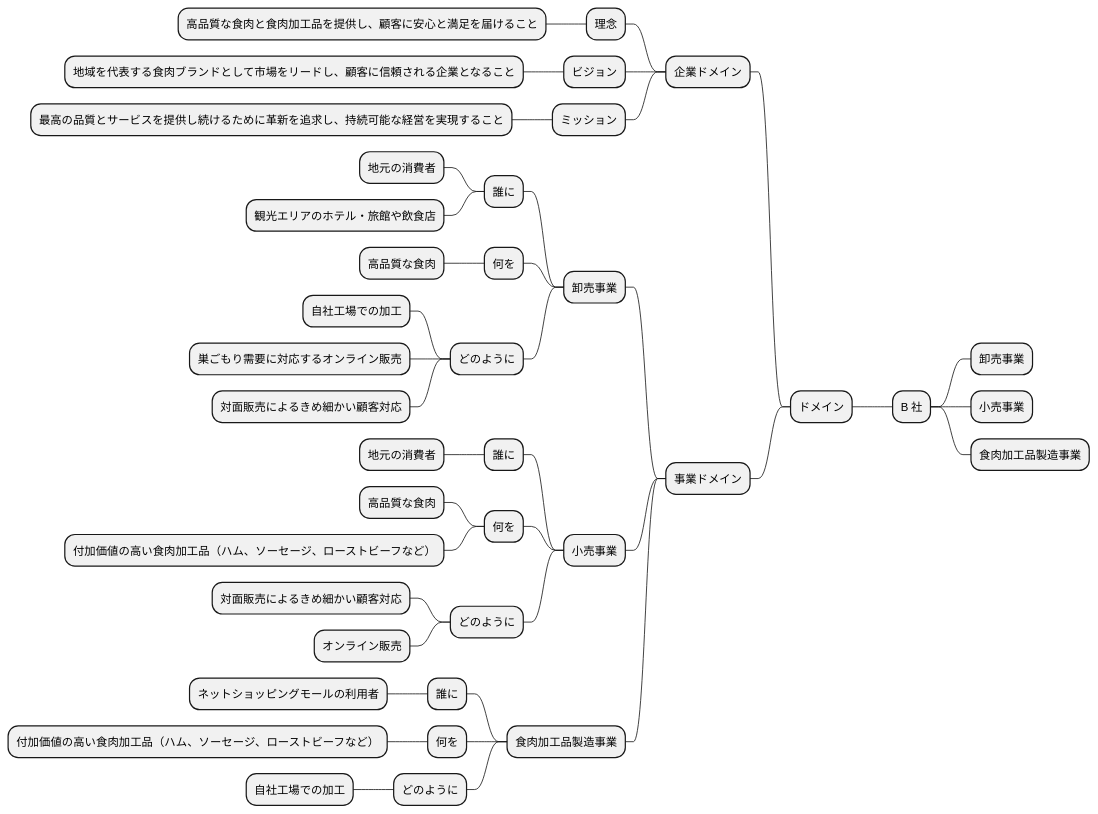
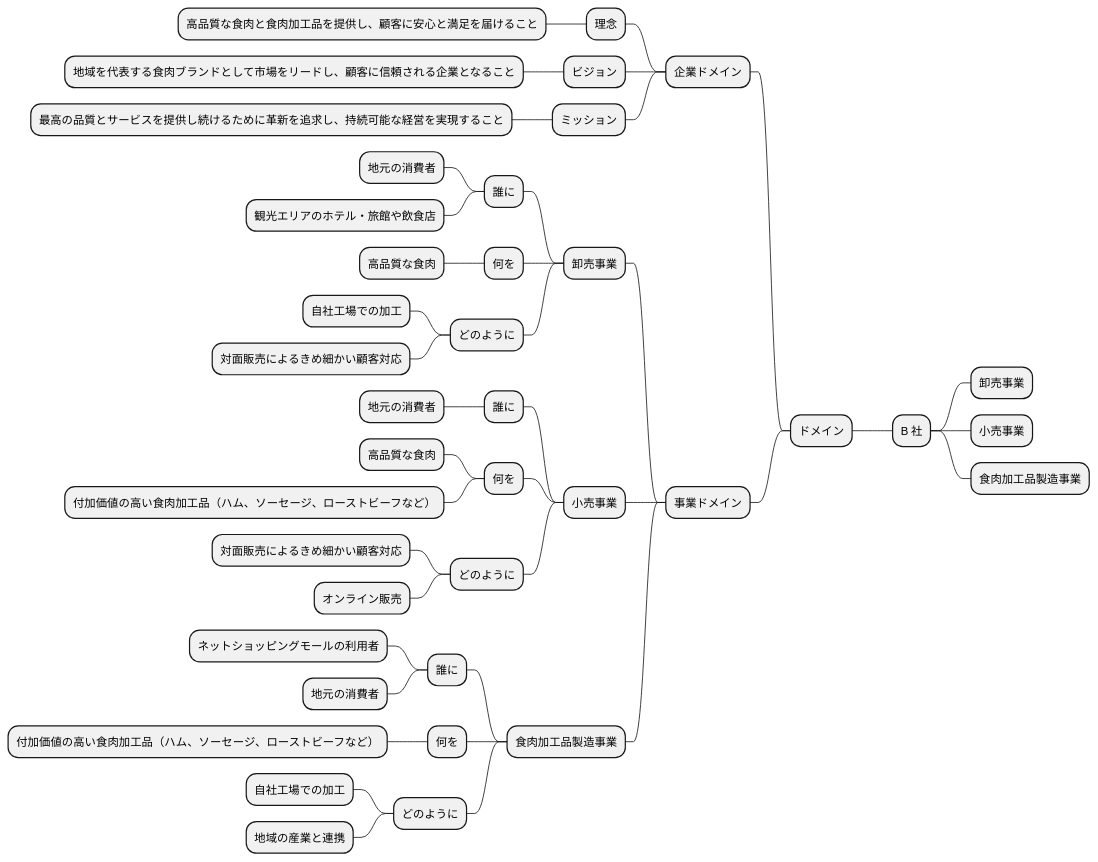
The fourth of 15 diagrams in docs/case/r04_case_2.adoc (k2works/case-sutudy-business-analysis), drawn with PlantUML before and after one commit. The commit also changed other lines of this file, not shown here.

```diff
--- a/docs/case/r04_case_2.adoc
+++ b/docs/case/r04_case_2.adoc
@@ -197,44 +211,45 @@
 [plantuml]
 ----
 @startmindmap
 * ドメイン
 ** B 社
 *** 卸売事業
 *** 小売事業
 *** 食肉加工品製造事業
 -- 企業ドメイン
 --- 理念
 ---- 高品質な食肉と食肉加工品を提供し、顧客に安心と満足を届けること
 --- ビジョン
 ---- 地域を代表する食肉ブランドとして市場をリードし、顧客に信頼される企業となること
 --- ミッション
 ---- 最高の品質とサービスを提供し続けるために革新を追求し、持続可能な経営を実現すること
 -- 事業ドメイン
 --- 卸売事業
 ---- 誰に
 ----- 地元の消費者
 ----- 観光エリアのホテル・旅館や飲食店
 ---- 何を
 ----- 高品質な食肉
 ---- どのように
 ----- 自社工場での加工
------ 巣ごもり需要に対応するオンライン販売
 ----- 対面販売によるきめ細かい顧客対応
 --- 小売事業
 ---- 誰に
 ----- 地元の消費者
 ---- 何を
 ----- 高品質な食肉
 ----- 付加価値の高い食肉加工品（ハム、ソーセージ、ローストビーフなど）
 ---- どのように
 ----- 対面販売によるきめ細かい顧客対応
 ----- オンライン販売
 --- 食肉加工品製造事業
 ---- 誰に
 ----- ネットショッピングモールの利用者
+----- 地元の消費者
 ---- 何を
 ----- 付加価値の高い食肉加工品（ハム、ソーセージ、ローストビーフなど）
 ---- どのように
 ----- 自社工場での加工
+----- 地域の産業と連携
 @endmindmap
 ----
```
